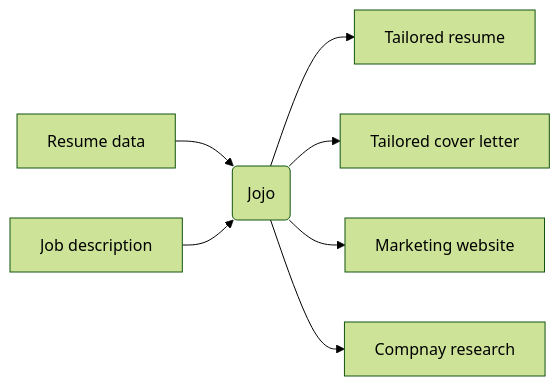
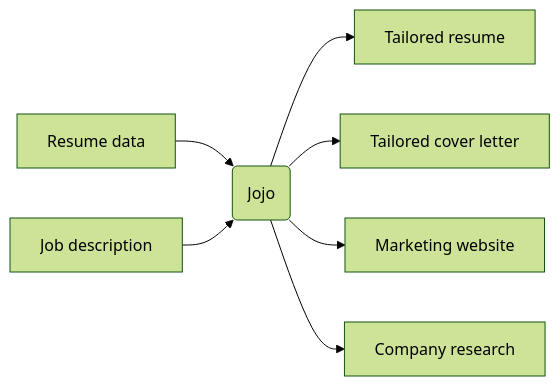
One commit to grymoire7/jojo changed the diagram in README.md. Above: the diagram before and after it, drawn with Mermaid (forest theme). The commit also changed other lines of this file, not shown here.

````diff
--- a/README.md
+++ b/README.md
@@ -25,10 +9,9 @@
 ```mermaid
 flowchart LR
-
 A[Resume data] --> J(Jojo)
 B[Job description] --> J
 J --> C[Tailored resume]
 J --> D[Tailored cover letter]
 J --> E[Marketing website]
-J --> F[Compnay research]
+J --> F[Company research]
 ```
````
